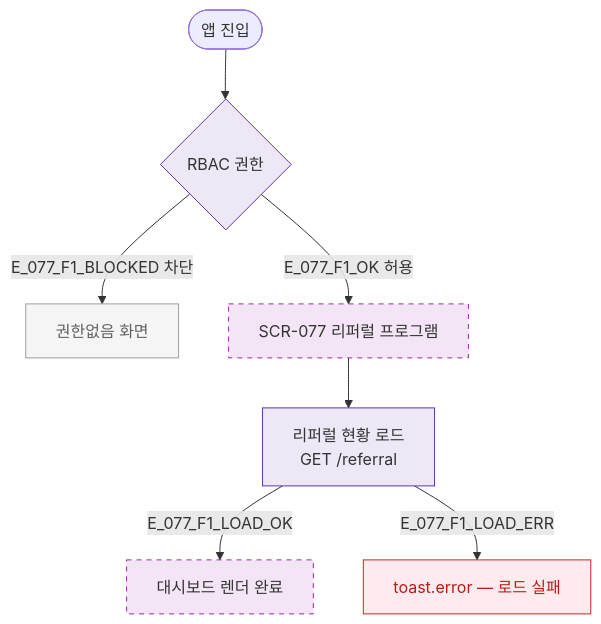
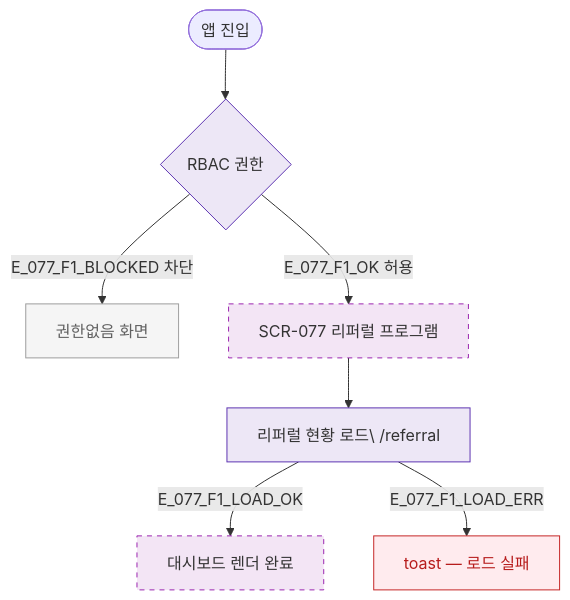
One commit to dev-spogym/admin-pando changed the diagram in docs/다이어그램/D08_마케팅/SCR-077_리퍼럴프로그램/F1_진입플로우.md. Above: the diagram before and after it, drawn with Mermaid. The commit also changed other lines of this file and 1660 other files, not shown here.

First line of the commit message:
다이어그램: 기획자/클라이언트 납품본으로 정리

````diff
--- a/docs/다이어그램/D08_마케팅/SCR-077_리퍼럴프로그램/F1_진입플로우.md
+++ b/docs/다이어그램/D08_마케팅/SCR-077_리퍼럴프로그램/F1_진입플로우.md
@@ -14,20 +12,20 @@
 ```mermaid
 flowchart TD
   START([앱 진입]) --> AUTH{RBAC 권한}
-  AUTH -->|E_077_F1_BLOCKED 차단| BLOCKED[권한없음 화면]
-  AUTH -->|E_077_F1_OK 허용| SCR_077[SCR-077 리퍼럴 프로그램]
+  AUTH -->|E_077_F1_BLOCKED 차단|BLOCKED[권한없음 화면]
+  AUTH -->|E_077_F1_OK 허용|SCR_077[SCR-077 리퍼럴 프로그램]
 
-  SCR_077 --> LOAD[리퍼럴 현황 로드\nGET /referral]
-  LOAD -->|E_077_F1_LOAD_OK| READY[대시보드 렌더 완료]
-  LOAD -->|E_077_F1_LOAD_ERR| ERR[toast.error — 로드 실패]
+  SCR_077 --> LOAD[리퍼럴 현황 로드\ /referral]
+  LOAD -->|E_077_F1_LOAD_OK|READY[대시보드 렌더 완료]
+  LOAD -->|E_077_F1_LOAD_ERR|ERR[toast — 로드 실패]
 
-  classDef newFeature  fill:#F3E5F5,stroke:#9C27B0,stroke-dasharray:5 5
-  classDef error       fill:#FFEBEE,stroke:#C62828,color:#B71C1C
+  classDef newFeature fill:#F3E5F5,stroke:#9C27B0,stroke-dasharray:5 5
+  classDef error fill:#FFEBEE,stroke:#C62828,color:#B71C1C
   classDef rbacBlocked fill:#F5F5F5,stroke:#9E9E9E,color:#616161
-  classDef system      fill:#EDE7F6,stroke:#5E35B2
+  classDef system fill:#EDE7F6,stroke:#5E35B2
 
   class SCR_077,READY newFeature
   class BLOCKED rbacBlocked
   class ERR error
   class AUTH,LOAD system
 ```
````
